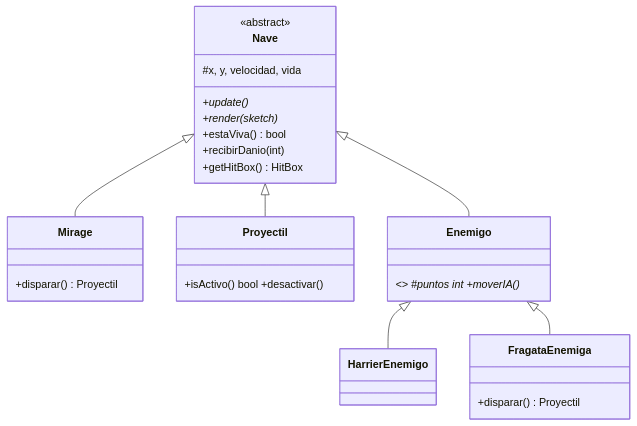
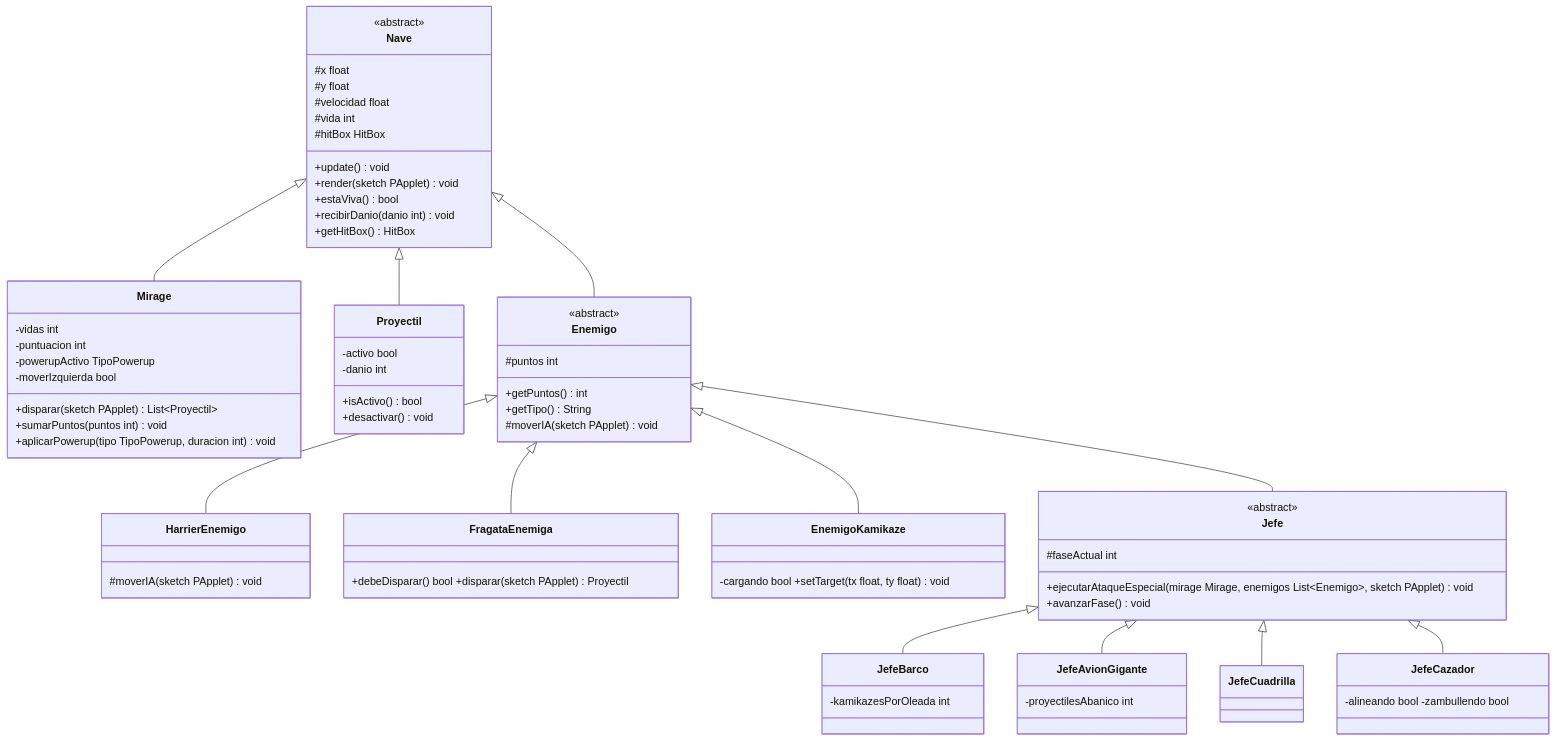
One commit to Christian-Rojas-Rodriguez/juego-1982 changed the second of 3 diagrams in docs/diseño/diagrama-clases.md. Above: the diagram before and after it, drawn with Mermaid. The commit also changed other lines of this file and 3 other files, not shown here.

````diff
--- a/docs/diseño/diagrama-clases.md
+++ b/docs/diseño/diagrama-clases.md
@@ -301,23 +522,69 @@
 ```mermaid
 classDiagram
     class Nave {
         <<abstract>>
-        #x, y, velocidad, vida
-        +update()*
-        +render(sketch)*
+        #x float
+        #y float
+        #velocidad float
+        #vida int
+        #hitBox HitBox
+        +update() void
+        +render(sketch PApplet) void
         +estaViva() bool
-        +recibirDanio(int)
+        +recibirDanio(danio int) void
         +getHitBox() HitBox
     }
-    class Mirage   { +disparar() Proyectil }
-    class Proyectil{ +isActivo() bool +desactivar() }
-    class Enemigo  { <<abstract>> #puntos int +moverIA()* }
-    class HarrierEnemigo
-    class FragataEnemiga { +disparar() Proyectil }
+
+    class Mirage {
+        -vidas int
+        -puntuacion int
+        -powerupActivo TipoPowerup
+        -moverIzquierda bool
+        +disparar(sketch PApplet) List~Proyectil~
+        +sumarPuntos(puntos int) void
+        +aplicarPowerup(tipo TipoPowerup, duracion int) void
+    }
+
+    class Proyectil {
+        -activo bool
+        -danio int
+        +isActivo() bool
+        +desactivar() void
+    }
+
+    class Enemigo {
+        <<abstract>>
+        #puntos int
+        +getPuntos() int
+        +getTipo() String
+        #moverIA(sketch PApplet) void
+    }
+
+    class HarrierEnemigo  { #moverIA(sketch PApplet) void }
+    class FragataEnemiga  { +debeDisparar() bool +disparar(sketch PApplet) Proyectil }
+    class EnemigoKamikaze { -cargando bool +setTarget(tx float, ty float) void }
+
+    class Jefe {
+        <<abstract>>
+        #faseActual int
+        +ejecutarAtaqueEspecial(mirage Mirage, enemigos List~Enemigo~, sketch PApplet) void
+        +avanzarFase() void
+    }
+
+    class JefeBarco        { -kamikazesPorOleada int }
+    class JefeAvionGigante { -proyectilesAbanico int }
+    class JefeCuadrilla    { }
+    class JefeCazador      { -alineando bool -zambullendo bool }
 
     Nave <|-- Mirage
     Nave <|-- Proyectil
     Nave <|-- Enemigo
     Enemigo <|-- HarrierEnemigo
     Enemigo <|-- FragataEnemiga
+    Enemigo <|-- EnemigoKamikaze
+    Enemigo <|-- Jefe
+    Jefe <|-- JefeBarco
+    Jefe <|-- JefeAvionGigante
+    Jefe <|-- JefeCuadrilla
+    Jefe <|-- JefeCazador
 ```
````
